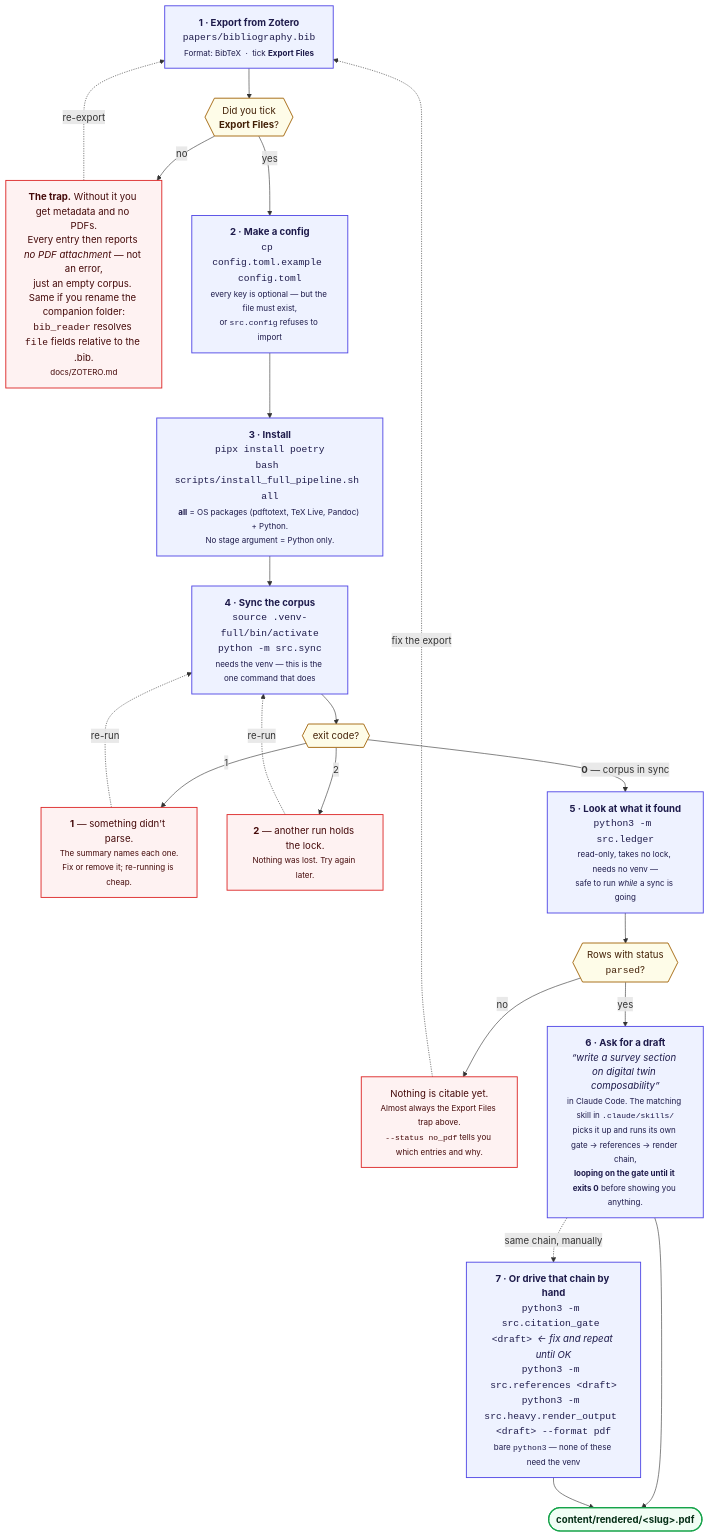
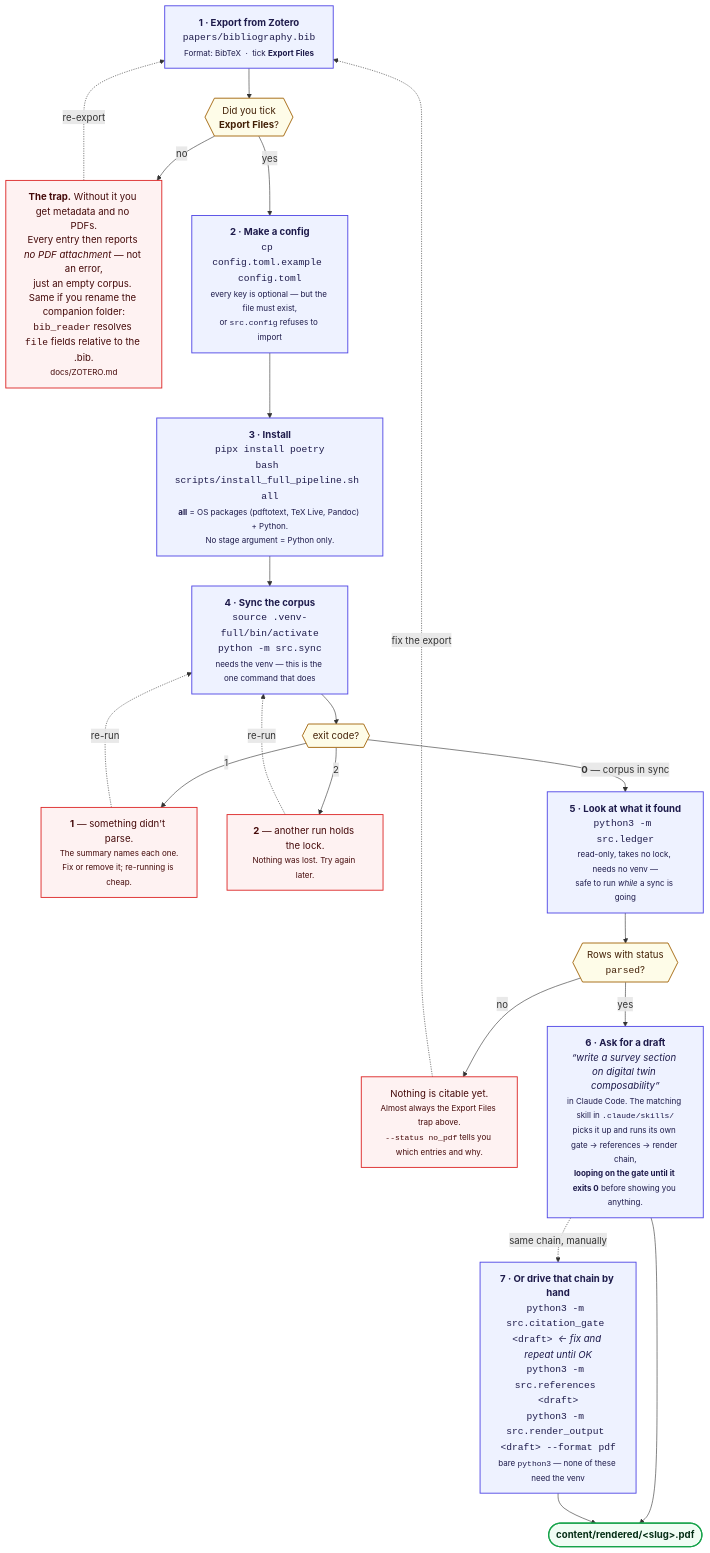
The second of 11 diagrams in docs/DIAGRAMS.md (prasadtalasila/automated-research), drawn with Mermaid before and after one commit. The commit also changed other lines of this file and 72 other files, not shown here.

````diff
--- a/docs/DIAGRAMS.md
+++ b/docs/DIAGRAMS.md
@@ -107,51 +107,51 @@
 ```mermaid
 flowchart TB
 
   A["<b>1 · Export from Zotero</b><br/><code>papers/bibliography.bib</code><br/><small>Format: BibTeX &nbsp;·&nbsp; tick <b>Export Files</b></small>"]
   A1{{"Did you tick<br/><b>Export Files</b>?"}}
   ATRAP["<b>The trap.</b> Without it you get metadata and no PDFs.<br/>Every entry then reports <i>no PDF attachment</i> — not an error,<br/>just an empty corpus. Same if you rename the companion folder:<br/><code>bib_reader</code> resolves <code>file</code> fields relative to the .bib.<br/><small>docs/ZOTERO.md</small>"]
 
   B["<b>2 · Make a config</b><br/><code>cp config.toml.example config.toml</code><br/><small>every key is optional — but the file must exist,<br/>or <code>src.config</code> refuses to import</small>"]
 
   C["<b>3 · Install</b><br/><code>pipx install poetry</code><br/><code>bash scripts/install_full_pipeline.sh all</code><br/><small><b>all</b> = OS packages (pdftotext, TeX Live, Pandoc) + Python.<br/>No stage argument = Python only.</small>"]
 
   D["<b>4 · Sync the corpus</b><br/><code>source .venv-full/bin/activate</code><br/><code>python -m src.sync</code><br/><small>needs the venv — this is the one command that does</small>"]
   D1{{"exit code?"}}
   DFAIL["<b>1</b> — something didn't parse.<br/><small>The summary names each one.<br/>Fix or remove it; re-running is cheap.</small>"]
   DBUSY["<b>2</b> — another run holds the lock.<br/><small>Nothing was lost. Try again later.</small>"]
 
   E["<b>5 · Look at what it found</b><br/><code>python3 -m src.ledger</code><br/><small>read-only, takes no lock, needs no venv —<br/>safe to run <i>while</i> a sync is going</small>"]
   E1{{"Rows with status<br/><code>parsed</code>?"}}
   EEMPTY["Nothing is citable yet.<br/><small>Almost always the Export Files trap above.<br/><code>--status no_pdf</code> tells you which entries and why.</small>"]
 
   F["<b>6 · Ask for a draft</b><br/><i>“write a survey section on digital twin composability”</i><br/><small>in Claude Code. The matching skill in <code>.claude/skills/</code><br/>picks it up and runs its own gate → references → render chain,<br/><b>looping on the gate until it exits 0</b> before showing you anything.</small>"]
 
-  G["<b>7 · Or drive that chain by hand</b><br/><code>python3 -m src.citation_gate &lt;draft&gt;</code> &nbsp;<i>← fix and repeat until OK</i><br/><code>python3 -m src.references &lt;draft&gt;</code><br/><code>python3 -m src.heavy.render_output &lt;draft&gt; --format pdf</code><br/><small>bare <code>python3</code> — none of these need the venv</small>"]
+  G["<b>7 · Or drive that chain by hand</b><br/><code>python3 -m src.citation_gate &lt;draft&gt;</code> &nbsp;<i>← fix and repeat until OK</i><br/><code>python3 -m src.references &lt;draft&gt;</code><br/><code>python3 -m src.render_output &lt;draft&gt; --format pdf</code><br/><small>bare <code>python3</code> — none of these need the venv</small>"]
 
   DONE(["<b>content/rendered/&lt;slug&gt;.pdf</b>"])
 
   A --> A1
   A1 -- no --> ATRAP
   ATRAP -. "re-export" .-> A
   A1 -- yes --> B --> C --> D --> D1
   D1 -- "1" --> DFAIL
   D1 -- "2" --> DBUSY
   DBUSY -. "re-run" .-> D
   DFAIL -. "re-run" .-> D
   D1 -- "<b>0</b> — corpus in sync" --> E --> E1
   E1 -- no --> EEMPTY
   EEMPTY -. "fix the export" .-> A
   E1 -- yes --> F --> DONE
   F -. "same chain, manually" .-> G
   G --> DONE
 
   classDef step fill:#eef2ff,stroke:#4f46e5,stroke-width:1.5px,color:#1e1b4b
   classDef check fill:#fefce8,stroke:#a16207,stroke-width:1.5px,color:#422006
   classDef trap fill:#fef2f2,stroke:#dc2626,stroke-width:1.5px,color:#450a0a
   classDef done fill:#f0fdf4,stroke:#16a34a,stroke-width:2px,color:#052e16
 
   class A,B,C,D,E,F,G step
   class A1,D1,E1 check
   class ATRAP,EEMPTY,DFAIL,DBUSY trap
   class DONE done
 ```
````
